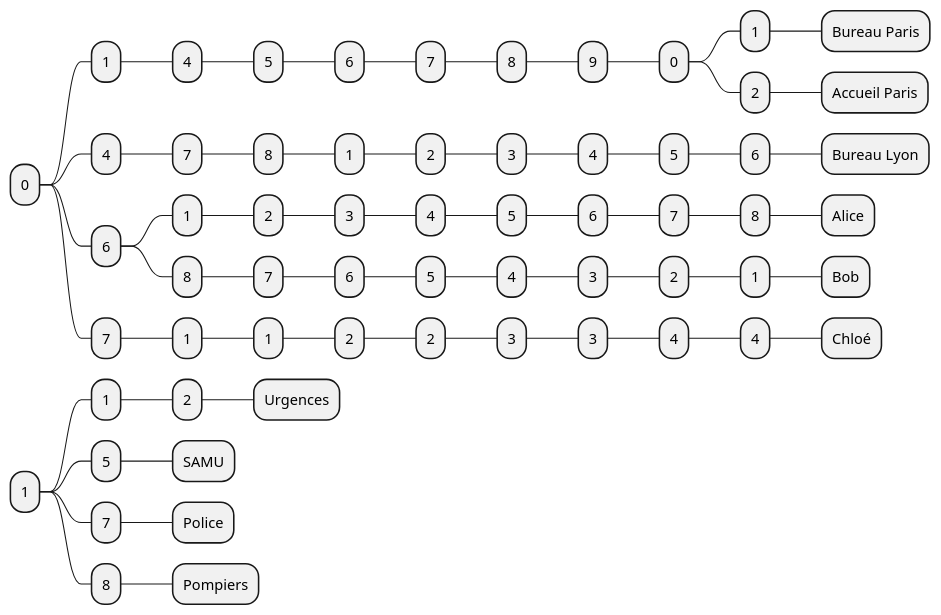
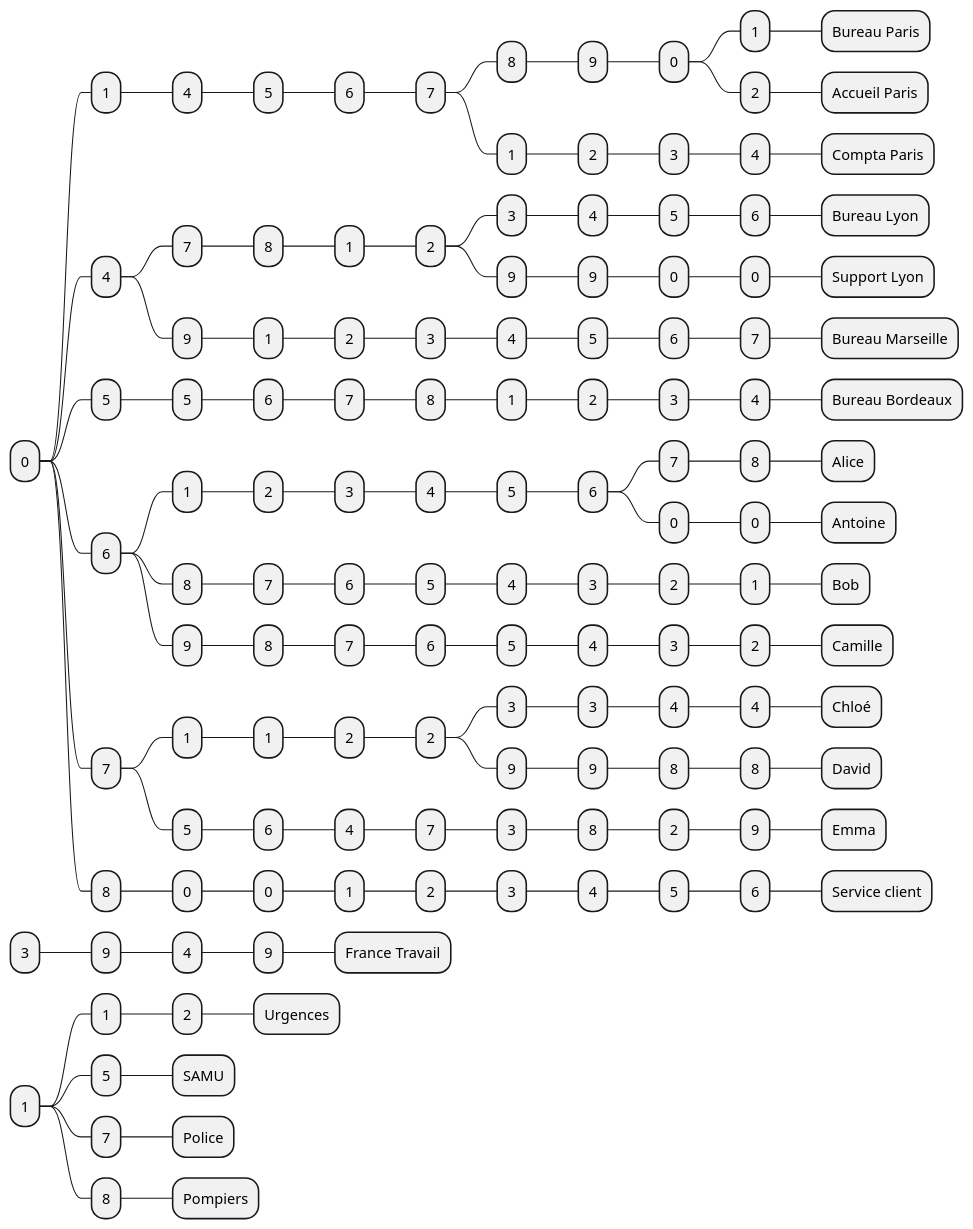
Before and after one commit to maknaeq/phone-number-manager: the diagram in graph/phonebook.puml, drawn with PlantUML. The commit also changed 1 other file, not shown here.

Commit message:
feat(plantuml): add some test datas

```diff
--- a/graph/phonebook.puml
+++ b/graph/phonebook.puml
@@ -1,64 +1,134 @@
 @startmindmap
 * 0
 ** 1
 *** 4
 **** 5
 ***** 6
 ****** 7
 ******* 8
 ******** 9
 ********* 0
 ********** 1
 *********** Bureau Paris
 ********** 2
 *********** Accueil Paris
+******* 1
+******** 2
+********* 3
+********** 4
+*********** Compta Paris
 ** 4
 *** 7
 **** 8
 ***** 1
 ****** 2
 ******* 3
 ******** 4
 ********* 5
 ********** 6
 *********** Bureau Lyon
+******* 9
+******** 9
+********* 0
+********** 0
+*********** Support Lyon
+*** 9
+**** 1
+***** 2
+****** 3
+******* 4
+******** 5
+********* 6
+********** 7
+*********** Bureau Marseille
+** 5
+*** 5
+**** 6
+***** 7
+****** 8
+******* 1
+******** 2
+********* 3
+********** 4
+*********** Bureau Bordeaux
 ** 6
 *** 1
 **** 2
 ***** 3
 ****** 4
 ******* 5
 ******** 6
 ********* 7
 ********** 8
 *********** Alice
+********* 0
+********** 0
+*********** Antoine
 *** 8
 **** 7
 ***** 6
 ****** 5
 ******* 4
 ******** 3
 ********* 2
 ********** 1
 *********** Bob
+*** 9
+**** 8
+***** 7
+****** 6
+******* 5
+******** 4
+********* 3
+********** 2
+*********** Camille
 ** 7
 *** 1
 **** 1
 ***** 2
 ****** 2
 ******* 3
 ******** 3
 ********* 4
 ********** 4
 *********** Chloé
+******* 9
+******** 9
+********* 8
+********** 8
+*********** David
+*** 5
+**** 6
+***** 4
+****** 7
+******* 3
+******** 8
+********* 2
+********** 9
+*********** Emma
+** 8
+*** 0
+**** 0
+***** 1
+****** 2
+******* 3
+******** 4
+********* 5
+********** 6
+*********** Service client
+* 3
+** 9
+*** 4
+**** 9
+***** France Travail
 * 1
 ** 1
 *** 2
 **** Urgences
 ** 5
 *** SAMU
 ** 7
 *** Police
 ** 8
 *** Pompiers
 @endmindmap
```
